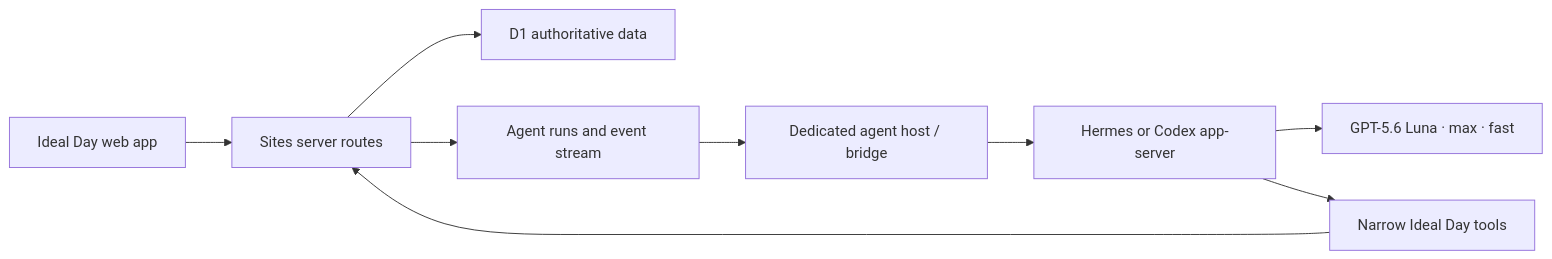
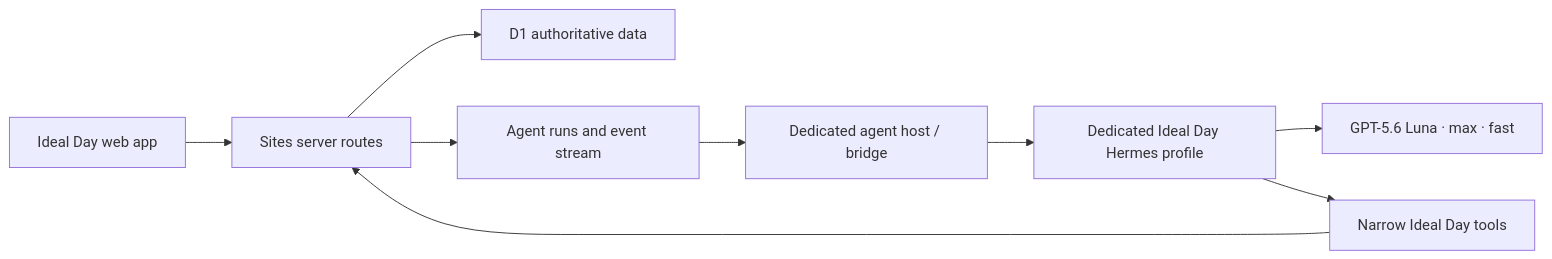
One commit to DarrenRM/ideal-day-planner changed the diagram in PRODUCT_SPEC.md. Above: the diagram before and after it, drawn with Mermaid. The commit also changed other lines of this file, not shown here.

Commit message:
Define activity context and Hermes boundary

````diff
--- a/PRODUCT_SPEC.md
+++ b/PRODUCT_SPEC.md
@@ -280,11 +309,11 @@
 ```mermaid
 flowchart LR
     UI["Ideal Day web app"] --> APP["Sites server routes"]
     APP --> DB["D1 authoritative data"]
     APP --> JOBS["Agent runs and event stream"]
     JOBS --> BRIDGE["Dedicated agent host / bridge"]
-    BRIDGE --> HERMES["Hermes or Codex app-server"]
+    BRIDGE --> HERMES["Dedicated Ideal Day Hermes profile"]
     HERMES --> LUNA["GPT-5.6 Luna · max · fast"]
     HERMES --> TOOLS["Narrow Ideal Day tools"]
     TOOLS --> APP
 ```
````
